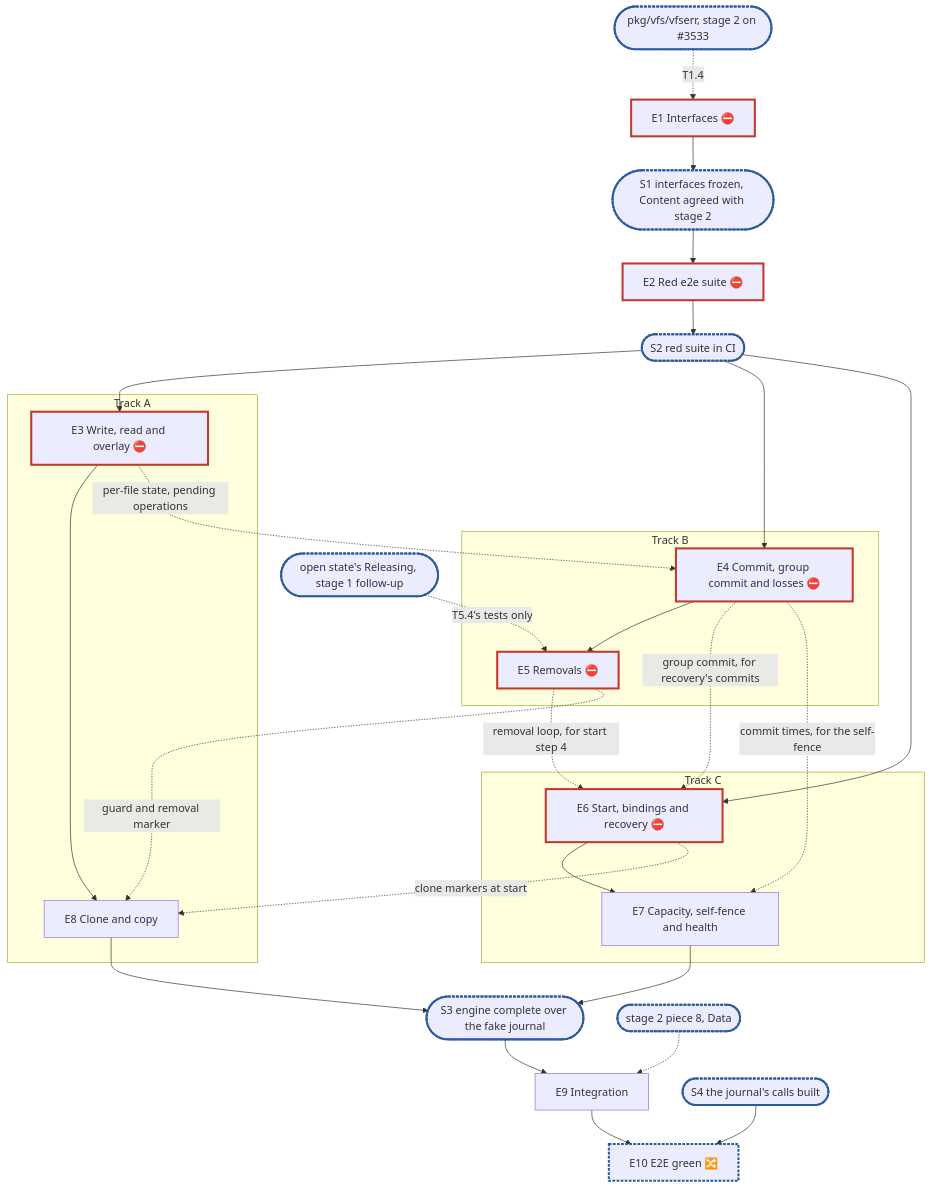
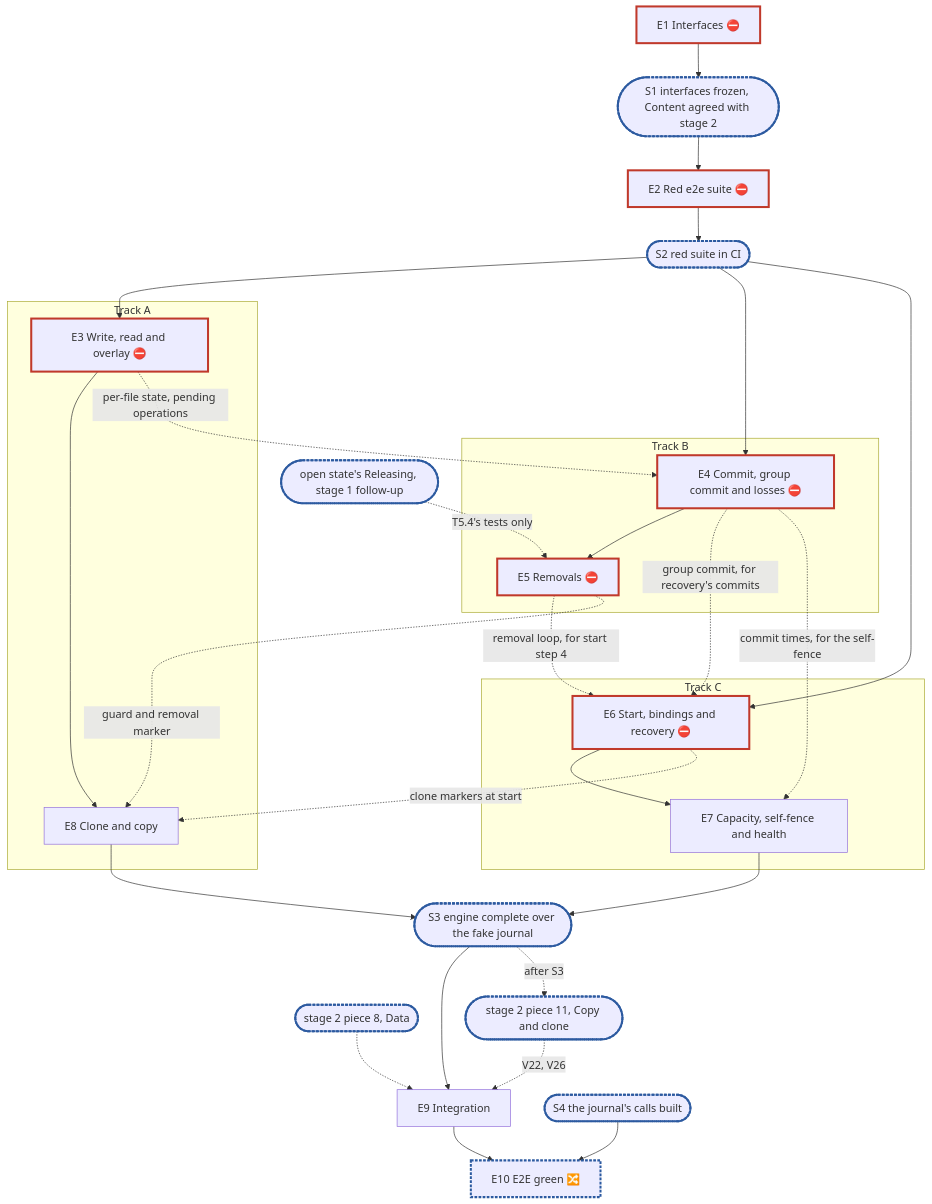
The diagram in docs/internals/planning/rfc-8-journal-only-engine-plan.md (marmos91/dittofs), drawn with Mermaid before and after one commit. The commit also changed other lines of this file, not shown here.

````diff
--- a/docs/internals/planning/rfc-8-journal-only-engine-plan.md
+++ b/docs/internals/planning/rfc-8-journal-only-engine-plan.md
@@ -383,30 +396,30 @@
 ```mermaid
 flowchart TD
-  V(["pkg/vfs/vfserr, stage 2 on #3533"]):::sync -. "T1.4" .-> E1
   E1["E1 Interfaces ⛔"]:::blocker --> S1(["S1 interfaces frozen, Content agreed with stage 2"]):::sync
   S1 --> E2["E2 Red e2e suite ⛔"]:::blocker --> S2(["S2 red suite in CI"]):::sync
   subgraph A["Track A"]
     E3["E3 Write, read and overlay ⛔"]:::blocker --> E8["E8 Clone and copy"]
   end
   subgraph B["Track B"]
     E4["E4 Commit, group commit and losses ⛔"]:::blocker --> E5["E5 Removals ⛔"]:::blocker
   end
   subgraph C["Track C"]
     E6["E6 Start, bindings and recovery ⛔"]:::blocker --> E7["E7 Capacity, self-fence and health"]
   end
   S2 --> E3 & E4 & E6
   E3 -. "per-file state, pending operations" .-> E4
   E4 -. "group commit, for recovery's commits" .-> E6
   E5 -. "removal loop, for start step 4" .-> E6
   E4 -. "commit times, for the self-fence" .-> E7
   E5 -. "guard and removal marker" .-> E8
   E6 -. "clone markers at start" .-> E8
   E7 & E8 --> S3(["S3 engine complete over the fake journal"]):::sync
   S3 --> E9["E9 Integration"]
   X(["stage 2 piece 8, Data"]):::sync -.-> E9
+  S3 -. "after S3" .-> P11(["stage 2 piece 11, Copy and clone"]):::sync -. "V22, V26" .-> E9
   R(["open state's Releasing, stage 1 follow-up"]):::sync -. "T5.4's tests only" .-> E5
   E9 --> E10["E10 E2E green 🔀"]:::sync
   S4(["S4 the journal's calls built"]):::sync --> E10
   classDef blocker stroke:#c0392b,stroke-width:3px
   classDef sync stroke:#2c5aa0,stroke-width:3px,stroke-dasharray:4 2
 ```
````
